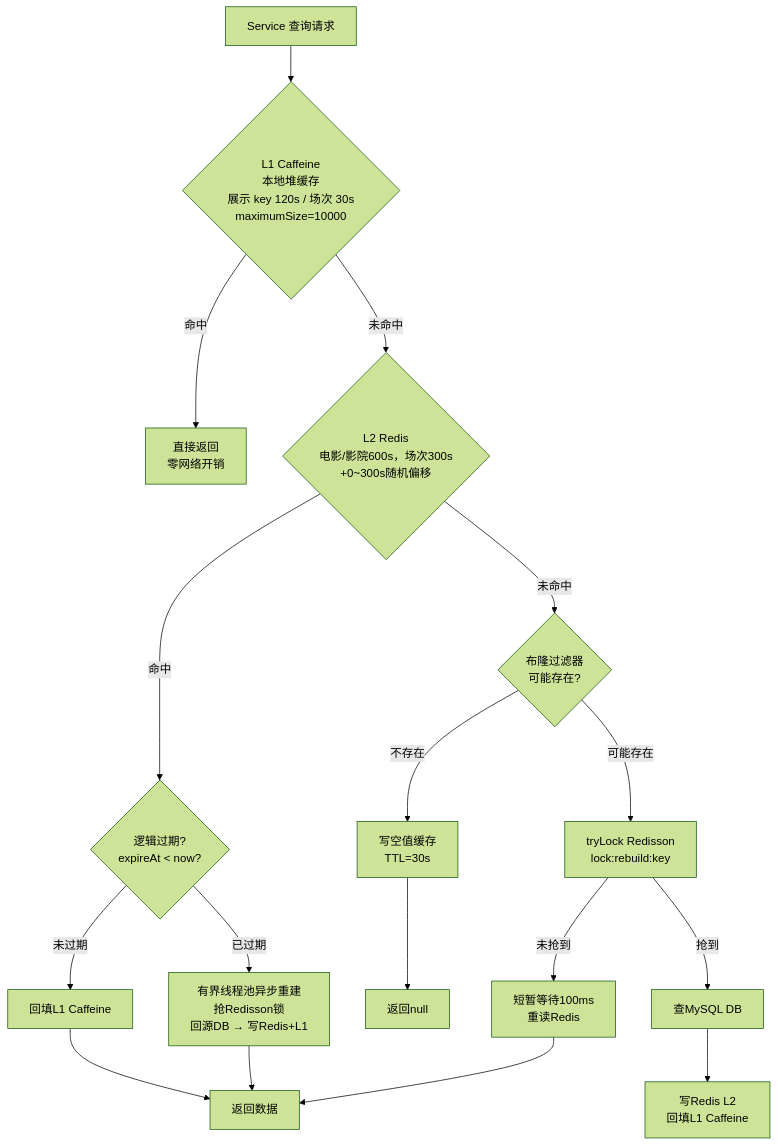
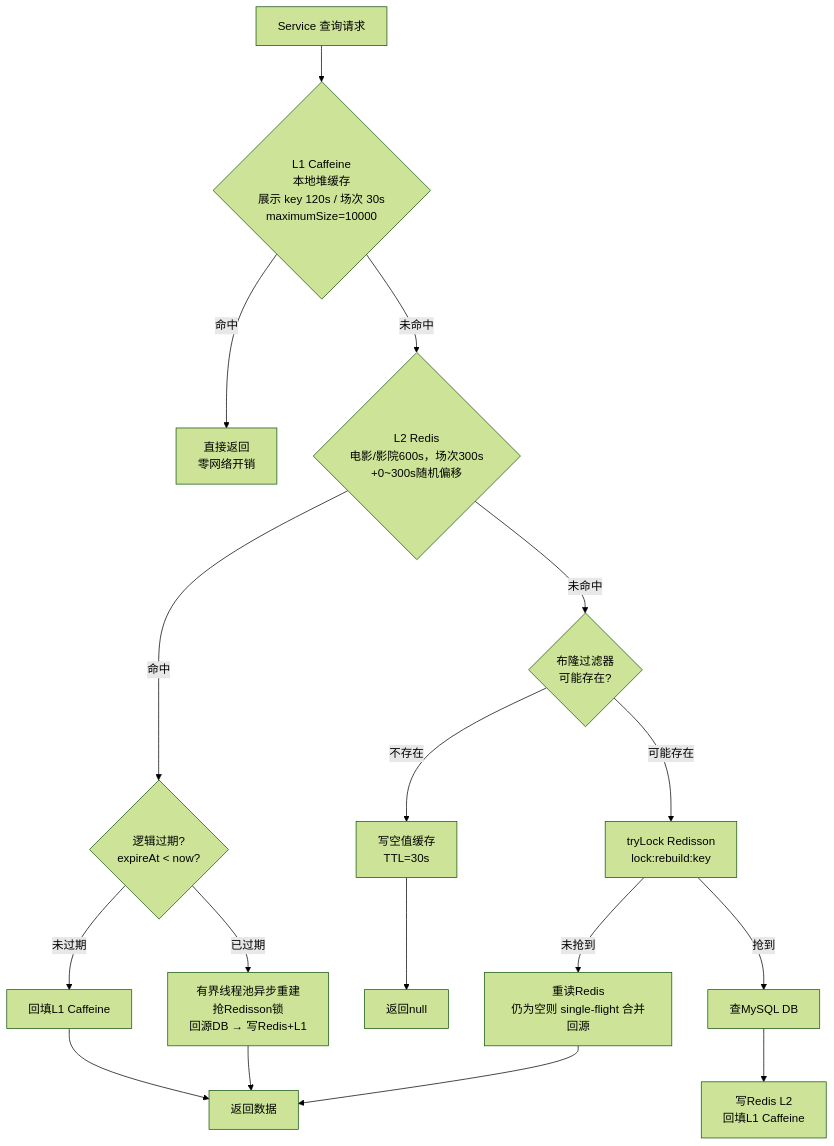
Before and after one commit to wangn-tech/movie-seckill: the third of 12 diagrams in docs/架构设计.md, drawn with Mermaid (forest theme). The commit also changed other lines of this file and 5 other files, not shown here.

Commit message:
docs: synchronize interview architecture and consistency notes

````diff
--- a/docs/架构设计.md
+++ b/docs/架构设计.md
@@ -147,14 +152,14 @@
 ```mermaid
 graph TD
     REQ["Service 查询请求"] --> L1{"L1 Caffeine<br/>本地堆缓存<br/>展示 key 120s / 场次 30s<br/>maximumSize=10000"}
     L1 -- "命中" --> R1["直接返回<br/>零网络开销"]
     L1 -- "未命中" --> L2{"L2 Redis<br/>电影/影院600s，场次300s<br/>+0~300s随机偏移"}
     L2 -- "命中" --> CHECK{"逻辑过期?<br/>expireAt < now?"}
     CHECK -- "未过期" --> PUT1["回填L1 Caffeine"] --> R2["返回数据"]
     CHECK -- "已过期" --> ASYNC["有界线程池异步重建<br/>抢Redisson锁<br/>回源DB → 写Redis+L1"] --> R2
     L2 -- "未命中" --> BF{"布隆过滤器<br/>可能存在?"}
     BF -- "不存在" --> NULL["写空值缓存<br/>TTL=30s"] --> R3["返回null"]
     BF -- "可能存在" --> LOCK["tryLock Redisson<br/>lock:rebuild:key"]
     LOCK -- "抢到" --> DB["查MySQL DB"] --> PUT2["写Redis L2<br/>回填L1 Caffeine"]
-    LOCK -- "未抢到" --> WAIT["短暂等待100ms<br/>重读Redis"] --> R2
+    LOCK -- "未抢到" --> WAIT["重读Redis<br/>仍为空则 single-flight 合并回源"] --> R2
 ```
````
